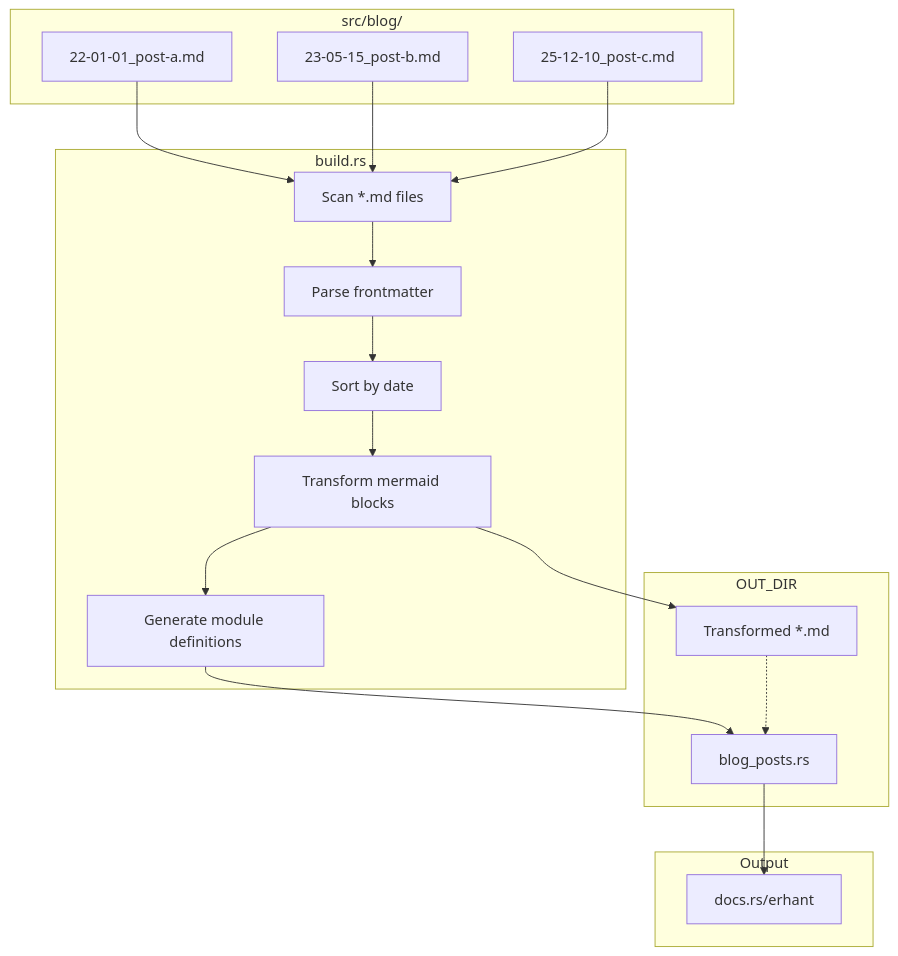
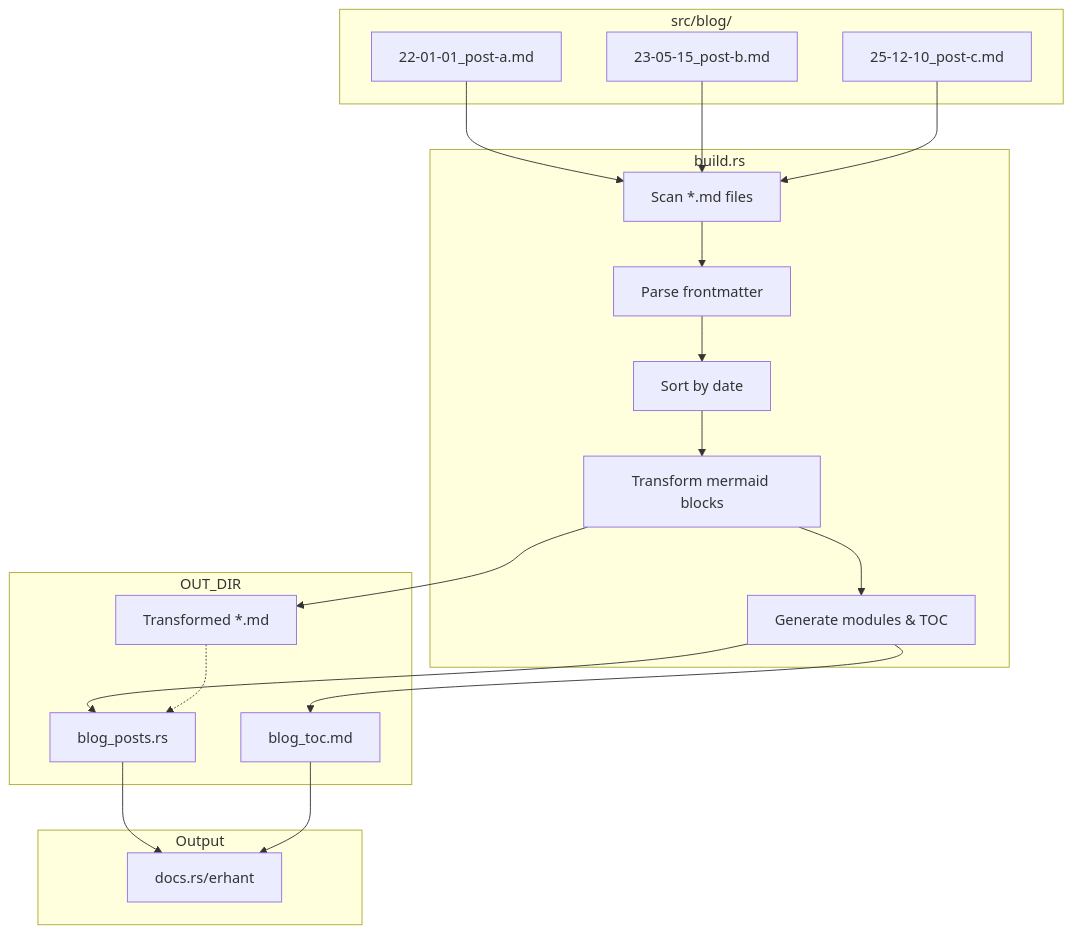
Before and after one commit to erhant/erhant: the diagram in blog/src/blog/hello-docsrs.md, drawn with Mermaid. The commit also changed other lines of this file and 12 other files, not shown here.

````diff
--- a/blog/src/blog/hello-docsrs.md
+++ b/blog/src/blog/hello-docsrs.md
@@ -23,32 +25,34 @@
 ```mermaid
 flowchart TD
     subgraph src["src/blog/"]
         MD1["22-01-01_post-a.md"]
         MD2["23-05-15_post-b.md"]
         MD3["25-12-10_post-c.md"]
     end
 
     subgraph build["build.rs"]
         SCAN["Scan *.md files"]
         PARSE["Parse frontmatter"]
         SORT["Sort by date"]
         MERMAID["Transform mermaid blocks"]
-        GEN["Generate module definitions"]
+        GEN["Generate modules & TOC"]
     end
 
     subgraph out["OUT_DIR"]
         TRANSFORMED["Transformed *.md"]
         BLOGPOSTS["blog_posts.rs"]
+        TOC["blog_toc.md"]
     end
 
     subgraph output["Output"]
         DOCSRS["docs.rs/erhant"]
     end
 
     MD1 & MD2 & MD3 --> SCAN
     SCAN --> PARSE --> SORT --> MERMAID --> GEN
     MERMAID --> TRANSFORMED
     GEN --> BLOGPOSTS
+    GEN --> TOC
     TRANSFORMED -.-> BLOGPOSTS
-    BLOGPOSTS --> DOCSRS
+    BLOGPOSTS & TOC --> DOCSRS
 ```
````
